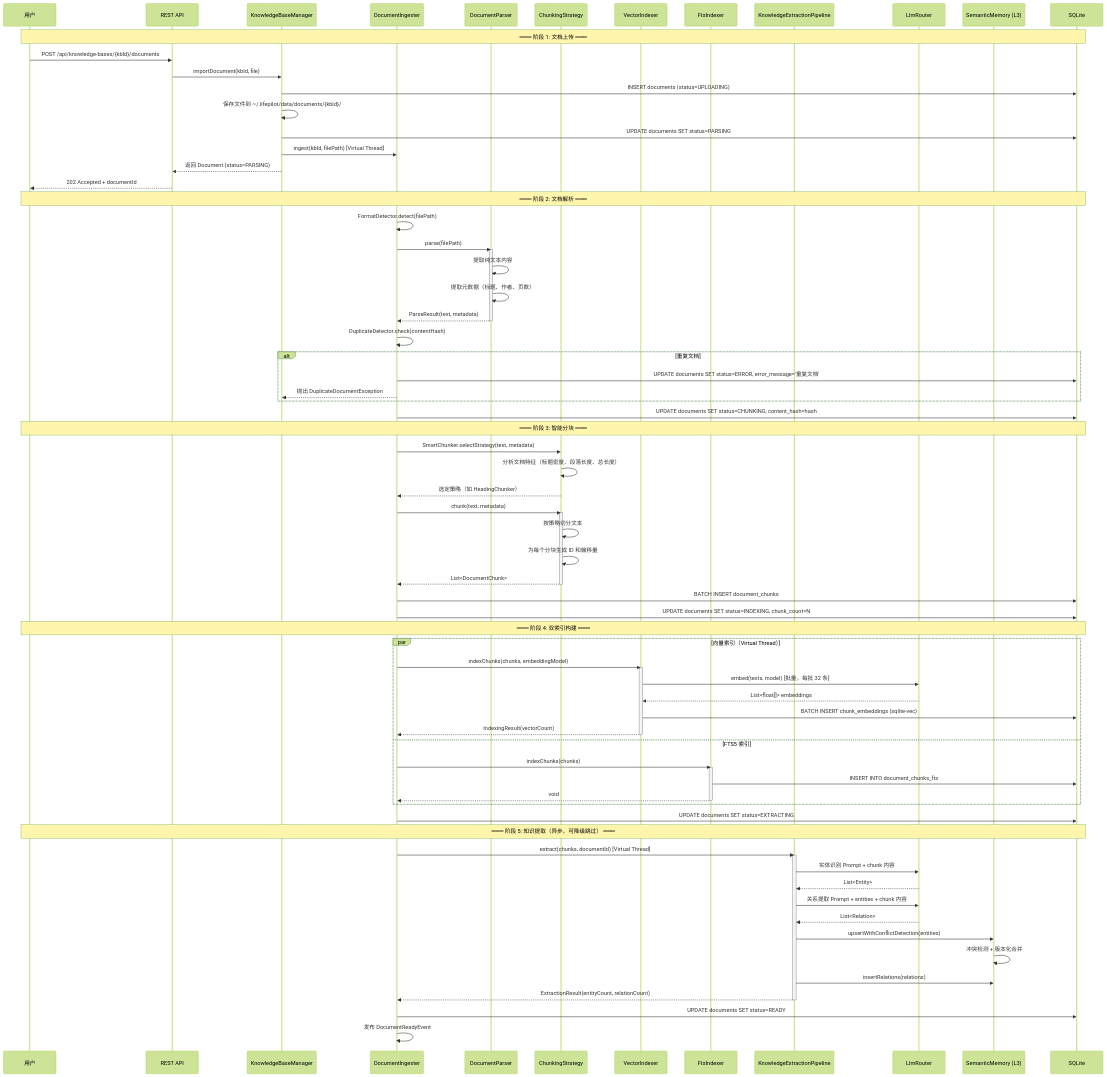
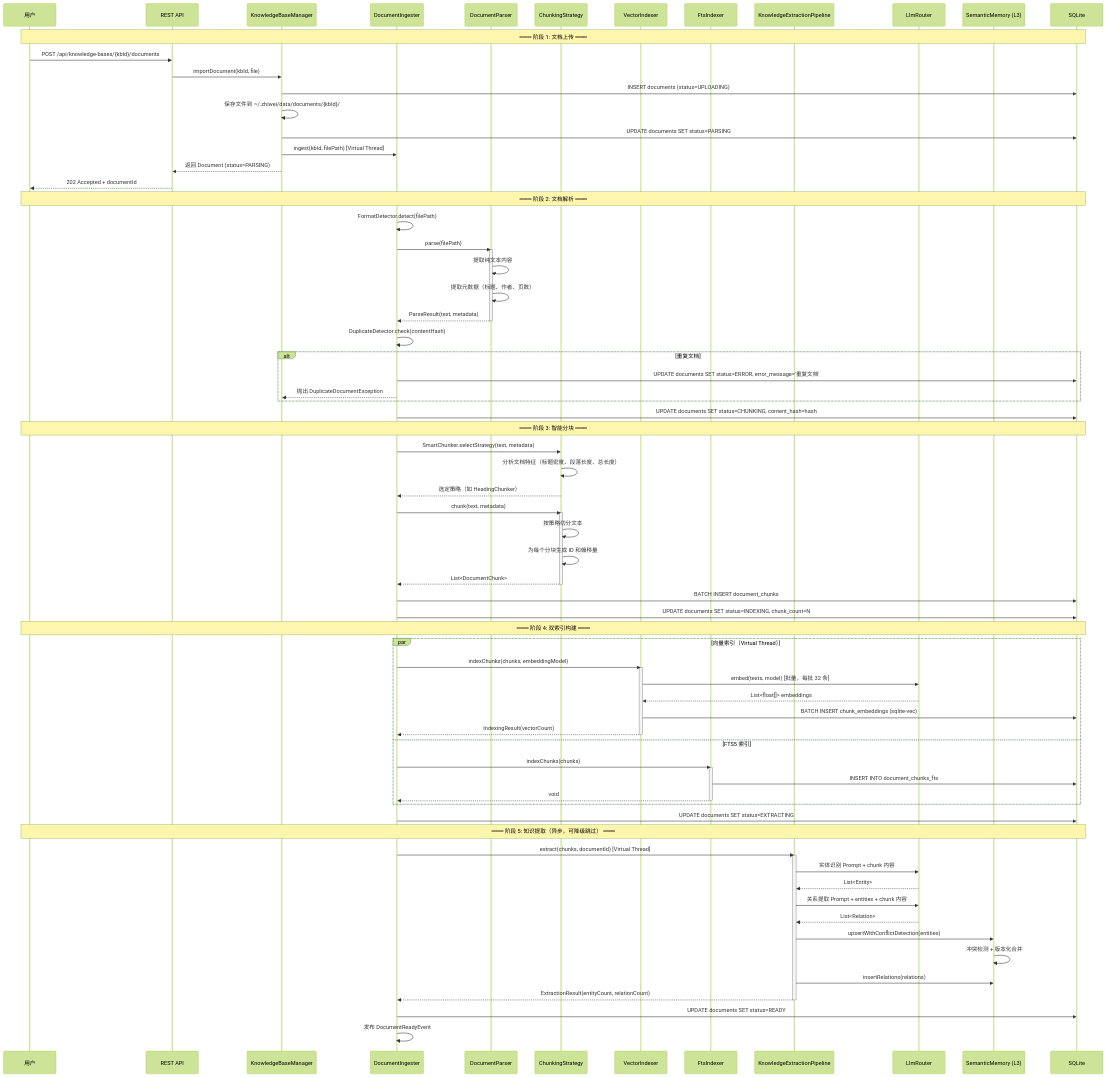
One commit to ntygod/LifePilot changed the fifth of 10 diagrams in docs/architecture/knowledge-base.md. Above: the diagram before and after it, drawn with Mermaid (forest theme). The commit also changed other lines of this file and 22 other files, not shown here.

```diff
--- a/docs/architecture/knowledge-base.md
+++ b/docs/architecture/knowledge-base.md
@@ -581,7 +581,7 @@
     User->>API: POST /api/knowledge-bases/{kbId}/documents
     API->>KBM: importDocument(kbId, file)
     KBM->>DB: INSERT documents (status=UPLOADING)
-    KBM->>KBM: 保存文件到 ~/.lifepilot/data/documents/{kbId}/
+    KBM->>KBM: 保存文件到 ~/.zhiwei/data/documents/{kbId}/
     KBM->>DB: UPDATE documents SET status=PARSING
     KBM->>DI: ingest(kbId, filePath) [Virtual Thread]
     KBM-->>API: 返回 Document (status=PARSING)
```
